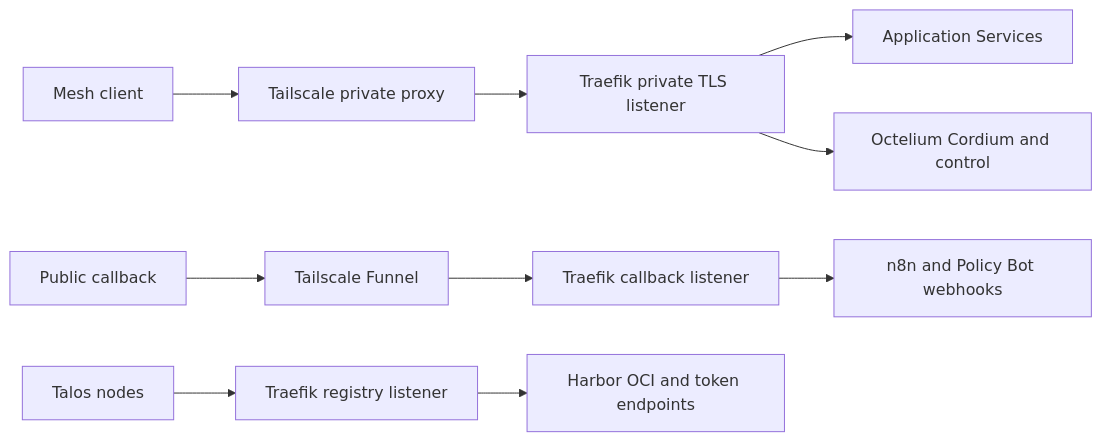
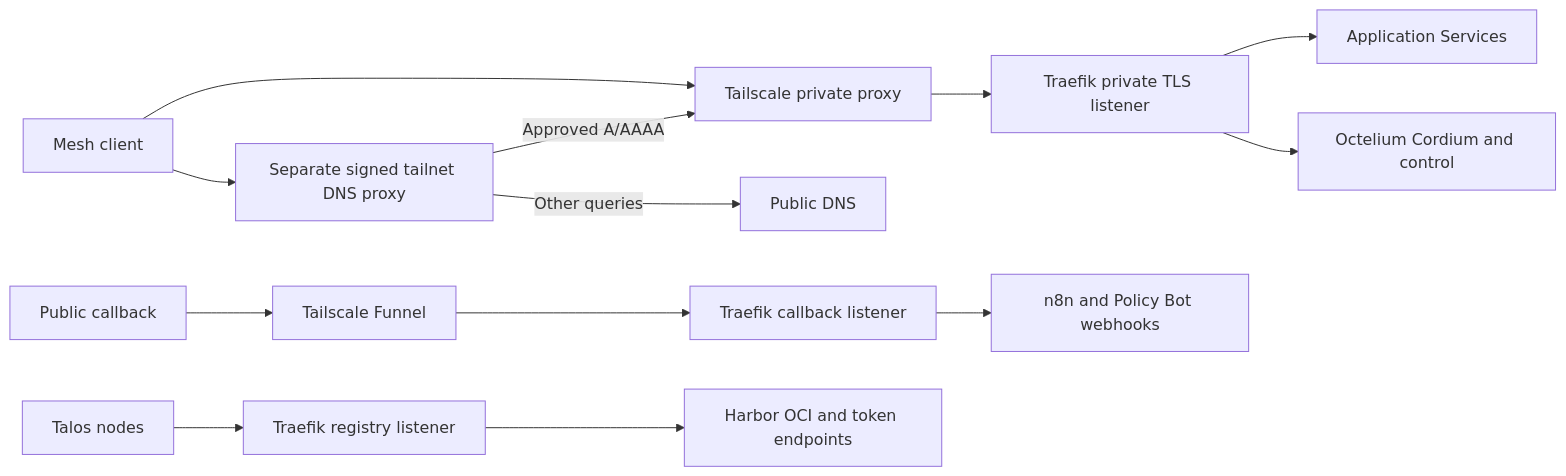
The diagram in openwiki/runbooks/tailnet-ingress.md (Stuhlmuller/homelab), drawn with Mermaid before and after one commit. The commit also changed other lines of this file and 69 other files, not shown here.

Commit message:
feat(dns): add tailnet service resolver

````diff
--- a/openwiki/runbooks/tailnet-ingress.md
+++ b/openwiki/runbooks/tailnet-ingress.md
@@ -80,12 +80,15 @@
 ```mermaid
 flowchart LR
+    Client --> DNS[Separate signed tailnet DNS proxy]
+    DNS -->|Approved A/AAAA| Private
+    DNS -->|Other queries| PublicDNS[Public DNS]
     Client[Mesh client] --> Private[Tailscale private proxy]
     Private --> TLS[Traefik private TLS listener]
     TLS --> Apps[Application Services]
     TLS --> Cordium[Octelium Cordium and control]
     Public[Public callback] --> Funnel[Tailscale Funnel]
     Funnel --> HTTP[Traefik callback listener]
     HTTP --> Hooks[n8n and Policy Bot webhooks]
     Nodes[Talos nodes] --> Registry[Traefik registry listener]
     Registry --> Harbor[Harbor OCI and token endpoints]
 ```
````
